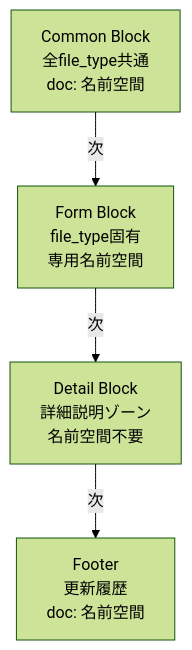
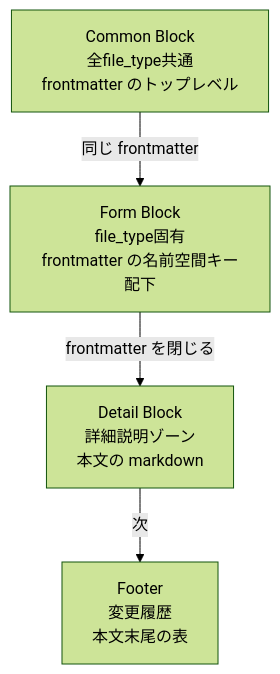
Before and after one commit to GoodRelax/gr-sw-maker: the first of 5 diagrams in framework-src/ja/process-rules/full-auto-dev-document-rules.md, drawn with Mermaid (forest theme). The commit also changed other lines of this file and 8 other files, not shown here.

````diff
--- a/framework-src/ja/process-rules/full-auto-dev-document-rules.md
+++ b/framework-src/ja/process-rules/full-auto-dev-document-rules.md
@@ -310,11 +310,11 @@
 ```mermaid
 graph TD
-    A["Common Block<br/>全file_type共通<br/>doc: 名前空間"]
-    B["Form Block<br/>file_type固有<br/>専用名前空間"]
-    C["Detail Block<br/>詳細説明ゾーン<br/>名前空間不要"]
-    D["Footer<br/>更新履歴<br/>doc: 名前空間"]
+    A["Common Block<br/>全file_type共通<br/>frontmatter のトップレベル"]
+    B["Form Block<br/>file_type固有<br/>frontmatter の名前空間キー配下"]
+    C["Detail Block<br/>詳細説明ゾーン<br/>本文の markdown"]
+    D["Footer<br/>変更履歴<br/>本文末尾の表"]
 
-    A -->|"次"| B
-    B -->|"次"| C
+    A -->|"同じ frontmatter"| B
+    B -->|"frontmatter を閉じる"| C
     C -->|"次"| D
 ```
````
